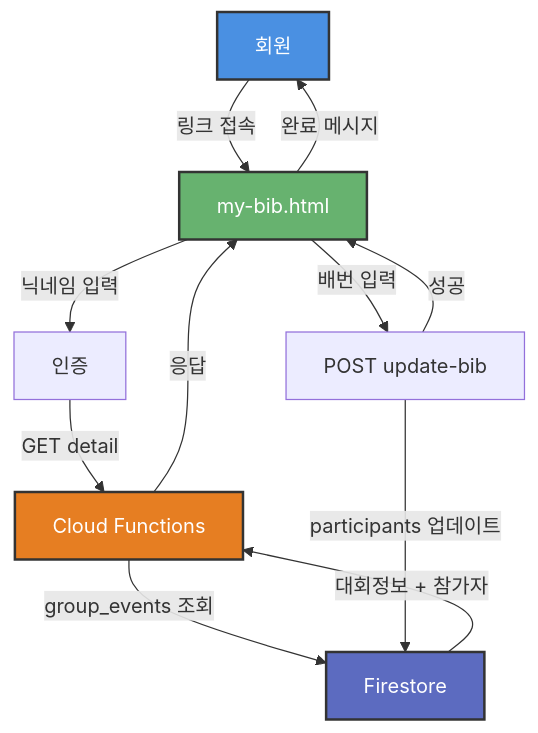
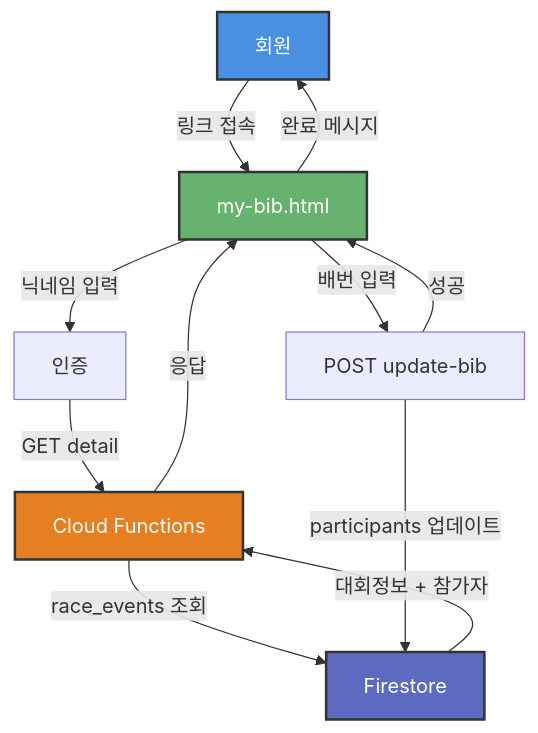
The diagram in _docs/superpowers/specs/2026-04-18-self-service-bib-input-design.md (8hal/dmc_attendance_log), drawn with Mermaid before and after one commit. The commit also changed other lines of this file and 3 other files, not shown here.

First line of the commit message:
fix(spec): 데이터 모델 수정 - race_events 컬렉션 사용

````diff
--- a/_docs/superpowers/specs/2026-04-18-self-service-bib-input-design.md
+++ b/_docs/superpowers/specs/2026-04-18-self-service-bib-input-design.md
@@ -45,18 +45,18 @@
 ```mermaid
 graph TD
     A[회원] -->|링크 접속| B[my-bib.html]
     B -->|닉네임 입력| C[인증]
     C -->|GET detail| D[Cloud Functions]
-    D -->|group_events 조회| E[Firestore]
+    D -->|race_events 조회| E[Firestore]
     E -->|대회정보 + 참가자| D
     D -->|응답| B
     B -->|배번 입력| F[POST update-bib]
     F -->|participants 업데이트| E
     F -->|성공| B
     B -->|완료 메시지| A
     
     style A fill:#4a90e2,stroke:#333,stroke-width:2px,color:#fff
     style B fill:#67b26f,stroke:#333,stroke-width:2px,color:#fff
     style D fill:#e67e22,stroke:#333,stroke-width:2px,color:#fff
     style E fill:#5c6bc0,stroke:#333,stroke-width:2px,color:#fff
 ```
````
